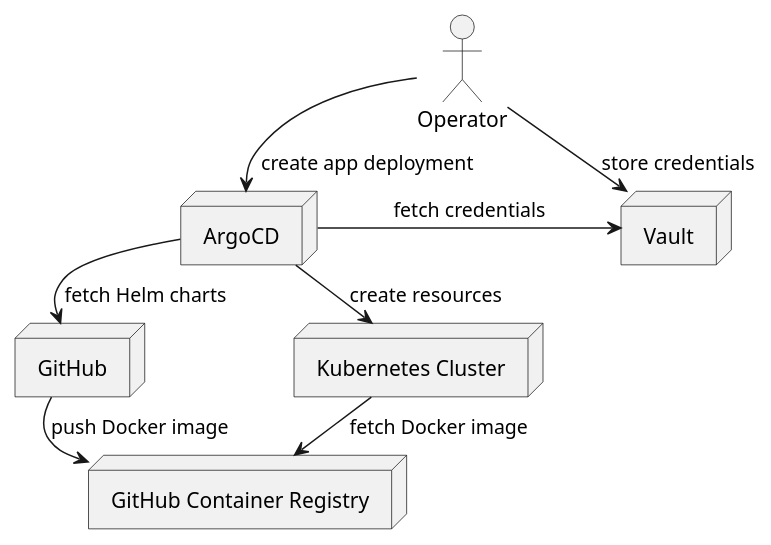
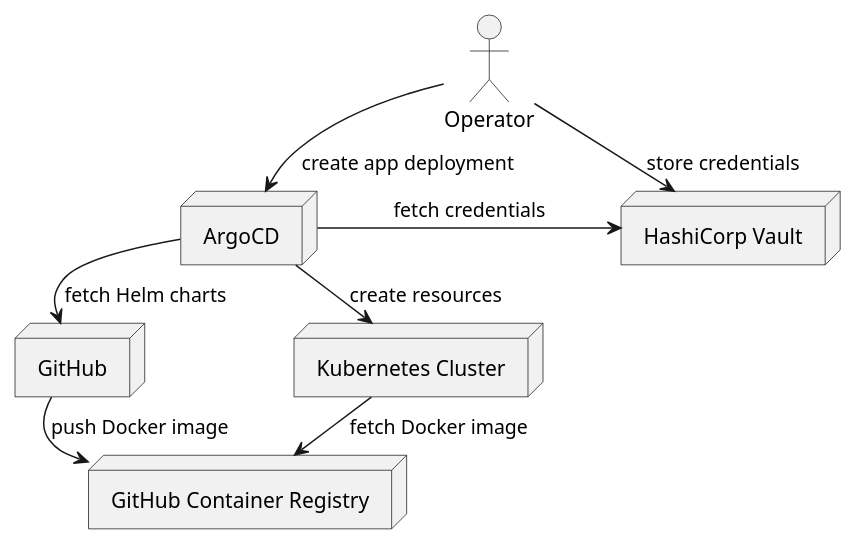
One commit to eclipse-tractusx/item-relationship-service changed the diagram in uml-diagrams/deployment-view/deployment-chain.puml. Above: the diagram before and after it, drawn with PlantUML.

Commit message:
docs(deployment):[TRI-393] Add review changes

```diff
--- a/uml-diagrams/deployment-view/deployment-chain.puml
+++ b/uml-diagrams/deployment-view/deployment-chain.puml
@@ -1,21 +1,21 @@
 @startuml
 skinparam monochrome true
 skinparam shadowing false
 skinparam nodesep 100
 skinparam ranksep 20
 
 node ArgoCD
 node GitHub
 node "GitHub Container Registry" as ghcr
 node "Kubernetes Cluster" as k8s
-node Vault
+node "HashiCorp Vault" as vault
 actor Operator as ops
 
 ops --> ArgoCD : create app deployment
-ops --> Vault : store credentials
+ops --> vault : store credentials
 ArgoCD --> GitHub : fetch Helm charts
 ArgoCD --> k8s : create resources
-ArgoCD -> Vault : fetch credentials
+ArgoCD -> vault : fetch credentials
 GitHub --> ghcr : push Docker image
 k8s --> ghcr : fetch Docker image
 @enduml
```
